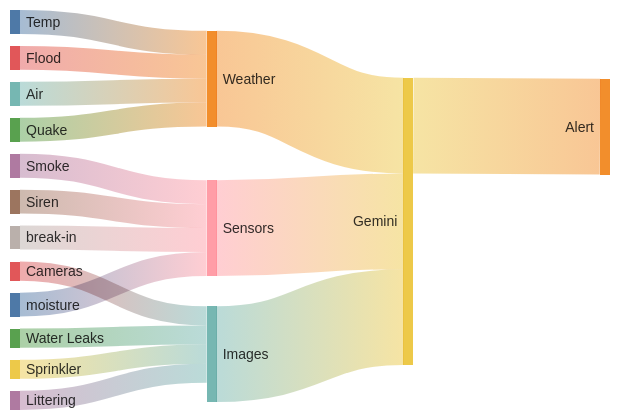
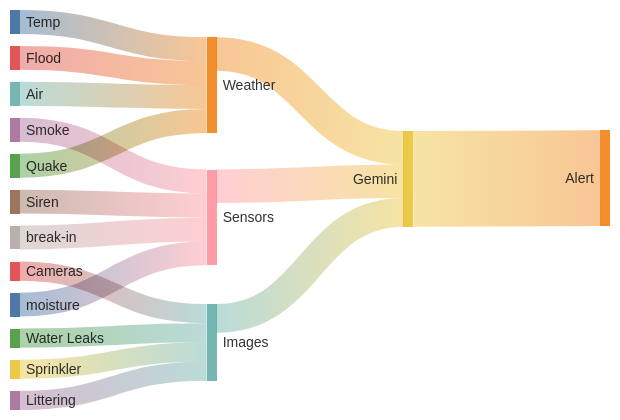
One commit to AmitXShukla/GoogleCommunity changed the second of 3 diagrams in README.md. Above: the diagram before and after it, drawn with Mermaid. The commit also changed 24 other files, not shown here.

````diff
--- a/README.md
+++ b/README.md
@@ -86,27 +86,27 @@
 ```mermaid
 ---
 config:
   sankey:
     showValues: false
 ---
 
 sankey-beta
 
 %% source,target,value
  Temp, Weather, 25
  Flood, Weather, 25
  Air, Weather, 25
  Quake, Weather, 25
- Weather, Gemini, 100
+ Weather, Gemini, 35
  Smoke, Sensors, 25
  Siren, Sensors, 25
  break-in, Sensors, 25
  moisture, Sensors, 25
- Sensors, Gemini, 100
+ Sensors, Gemini, 35
  Gemini, Alert, 100
  Cameras, Images, 20
  Water Leaks, Images, 20
  Sprinkler, Images, 20
  Littering, Images, 20
- Images, Gemini, 100
+ Images, Gemini, 30
 ```
````
